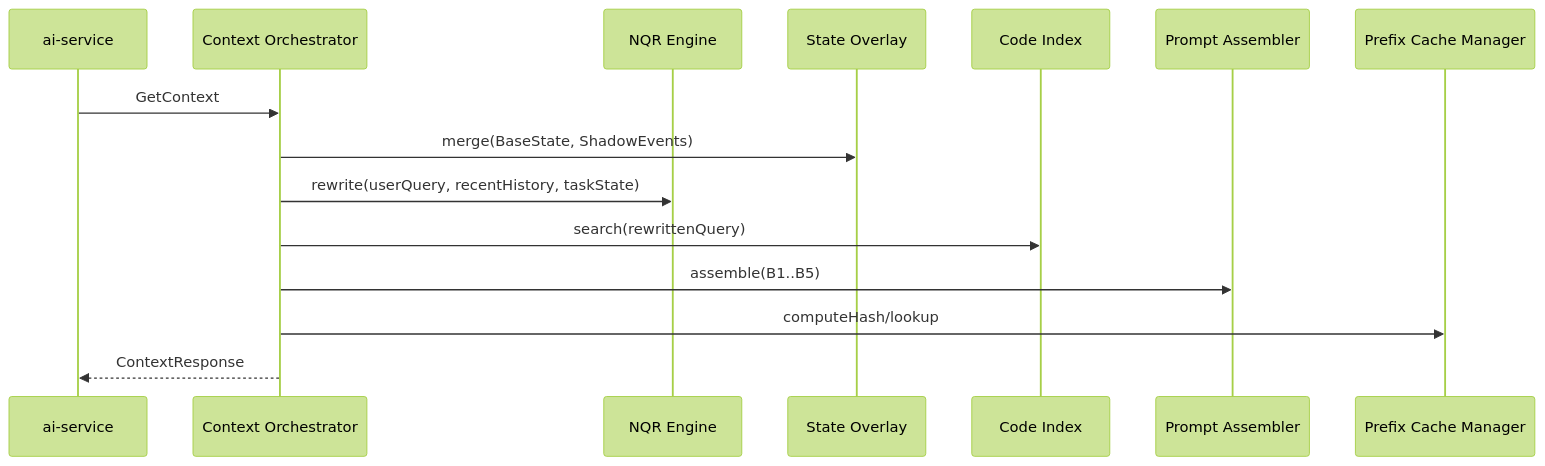
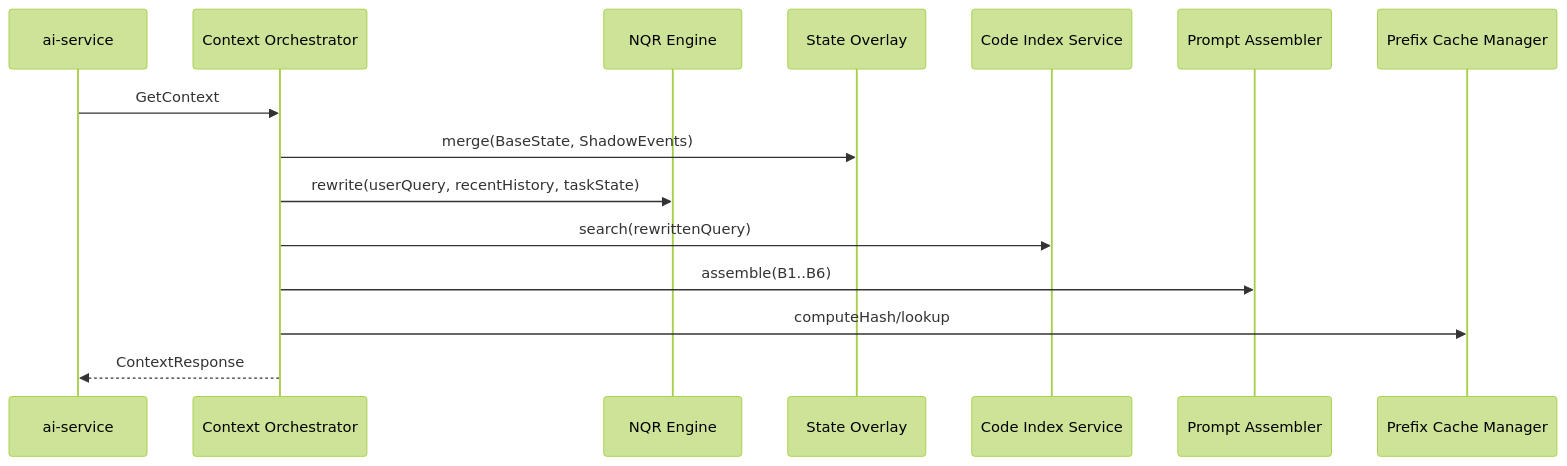
Before and after one commit to D15190304050/generic-agent: diagram 17 of 38 in discussions/ContextManagerV6.md, drawn with Mermaid (forest theme). The commit also changed other lines of this file, not shown here.

Commit message:
Revise Context Service documentation

````diff
--- a/discussions/ContextManagerV6.md
+++ b/discussions/ContextManagerV6.md
@@ -1992,18 +2079,18 @@
 ```mermaid
 sequenceDiagram
     participant AS as ai-service
     participant Orch as Context Orchestrator
     participant NQR as NQR Engine
     participant Overlay as State Overlay
-    participant Index as Code Index
+    participant Index as Code Index Service
     participant Assembler as Prompt Assembler
     participant Prefix as Prefix Cache Manager
 
     AS->>Orch: GetContext
     Orch->>Overlay: merge(BaseState, ShadowEvents)
     Orch->>NQR: rewrite(userQuery, recentHistory, taskState)
     Orch->>Index: search(rewrittenQuery)
-    Orch->>Assembler: assemble(B1..B5)
+    Orch->>Assembler: assemble(B1..B6)
     Orch->>Prefix: computeHash/lookup
     Orch-->>AS: ContextResponse
 ```
````
